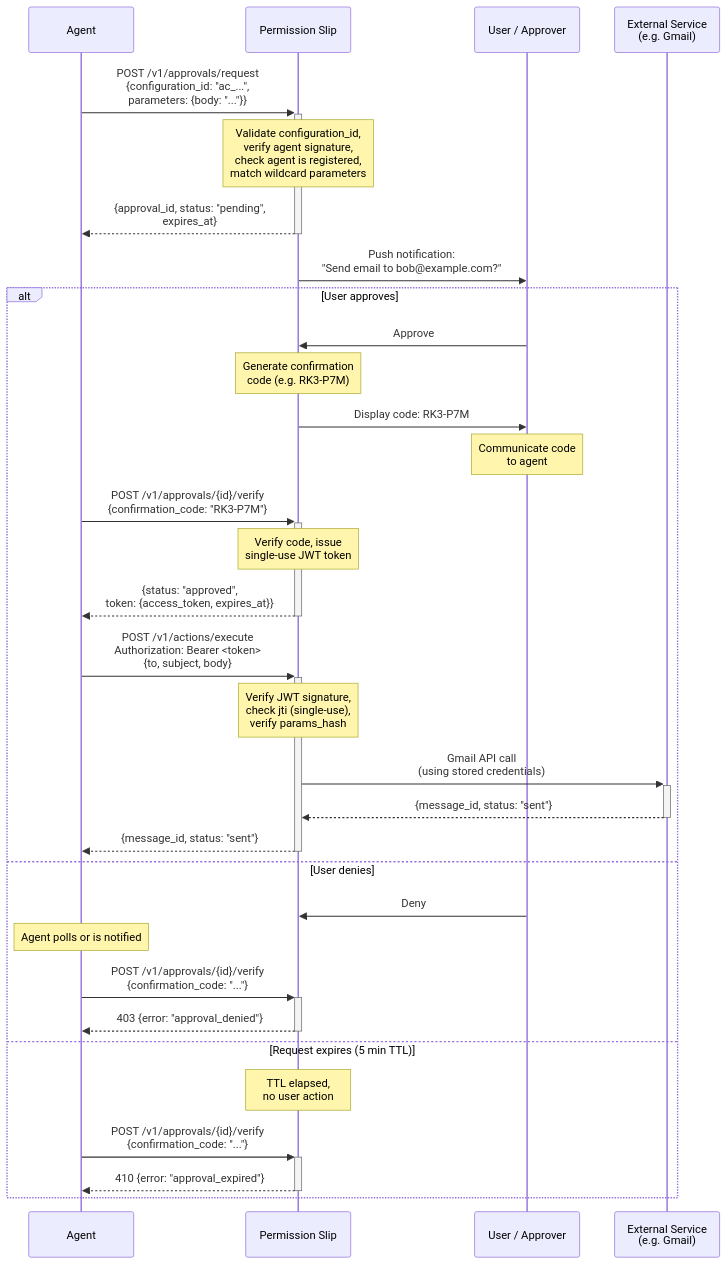
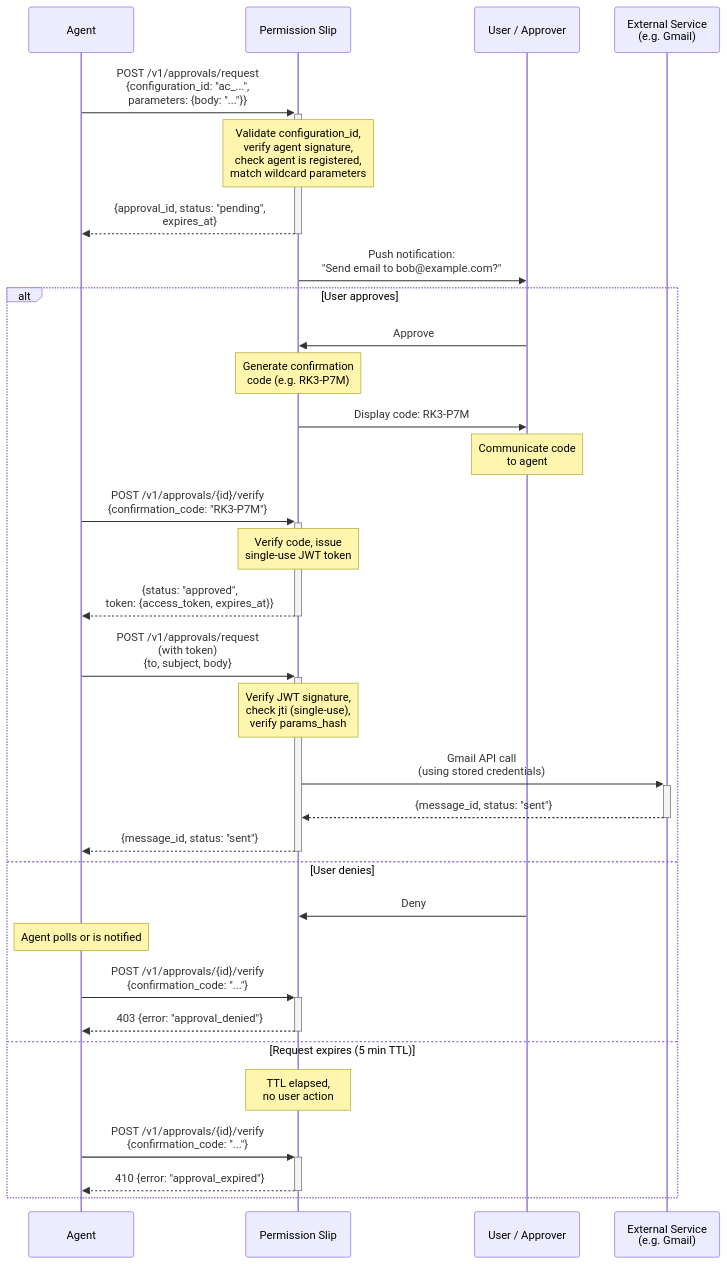
One commit to supersuit-tech/permission-slip changed the fourth of 6 diagrams in docs/architecture.md. Above: the diagram before and after it, drawn with Mermaid. The commit also changed 2 other files, not shown here.

Commit message:
Update remaining docs to reference POST /approvals/request instead of /actions/execute
https://claude.ai/code/session_01YJwdsB1T6K88vWXVEf97FU

````diff
--- a/docs/architecture.md
+++ b/docs/architecture.md
@@ -169,41 +169,41 @@
 ```mermaid
 sequenceDiagram
     participant Agent
     participant PS as Permission Slip
     participant User as User / Approver
     participant Ext as External Service<br/>(e.g. Gmail)
 
     Agent->>+PS: POST /v1/approvals/request<br/>{configuration_id: "ac_...",<br/>parameters: {body: "..."}}
     Note over PS: Validate configuration_id,<br/>verify agent signature,<br/>check agent is registered,<br/>match wildcard parameters
     PS-->>-Agent: {approval_id, status: "pending",<br/>expires_at}
 
     PS->>User: Push notification:<br/>"Send email to bob@example.com?"
 
     alt User approves
         User->>PS: Approve
         Note over PS: Generate confirmation<br/>code (e.g. RK3-P7M)
         PS->>User: Display code: RK3-P7M
         Note over User: Communicate code<br/>to agent
 
         Agent->>+PS: POST /v1/approvals/{id}/verify<br/>{confirmation_code: "RK3-P7M"}
         Note over PS: Verify code, issue<br/>single-use JWT token
         PS-->>-Agent: {status: "approved",<br/>token: {access_token, expires_at}}
 
-        Agent->>+PS: POST /v1/actions/execute<br/>Authorization: Bearer <token><br/>{to, subject, body}
+        Agent->>+PS: POST /v1/approvals/request<br/>(with token)<br/>{to, subject, body}
         Note over PS: Verify JWT signature,<br/>check jti (single-use),<br/>verify params_hash
         PS->>+Ext: Gmail API call<br/>(using stored credentials)
         Ext-->>-PS: {message_id, status: "sent"}
         PS-->>-Agent: {message_id, status: "sent"}
 
     else User denies
         User->>PS: Deny
         Note over Agent: Agent polls or is notified
         Agent->>+PS: POST /v1/approvals/{id}/verify<br/>{confirmation_code: "..."}
         PS-->>-Agent: 403 {error: "approval_denied"}
 
     else Request expires (5 min TTL)
         Note over PS: TTL elapsed,<br/>no user action
         Agent->>+PS: POST /v1/approvals/{id}/verify<br/>{confirmation_code: "..."}
         PS-->>-Agent: 410 {error: "approval_expired"}
     end
 ```
````
